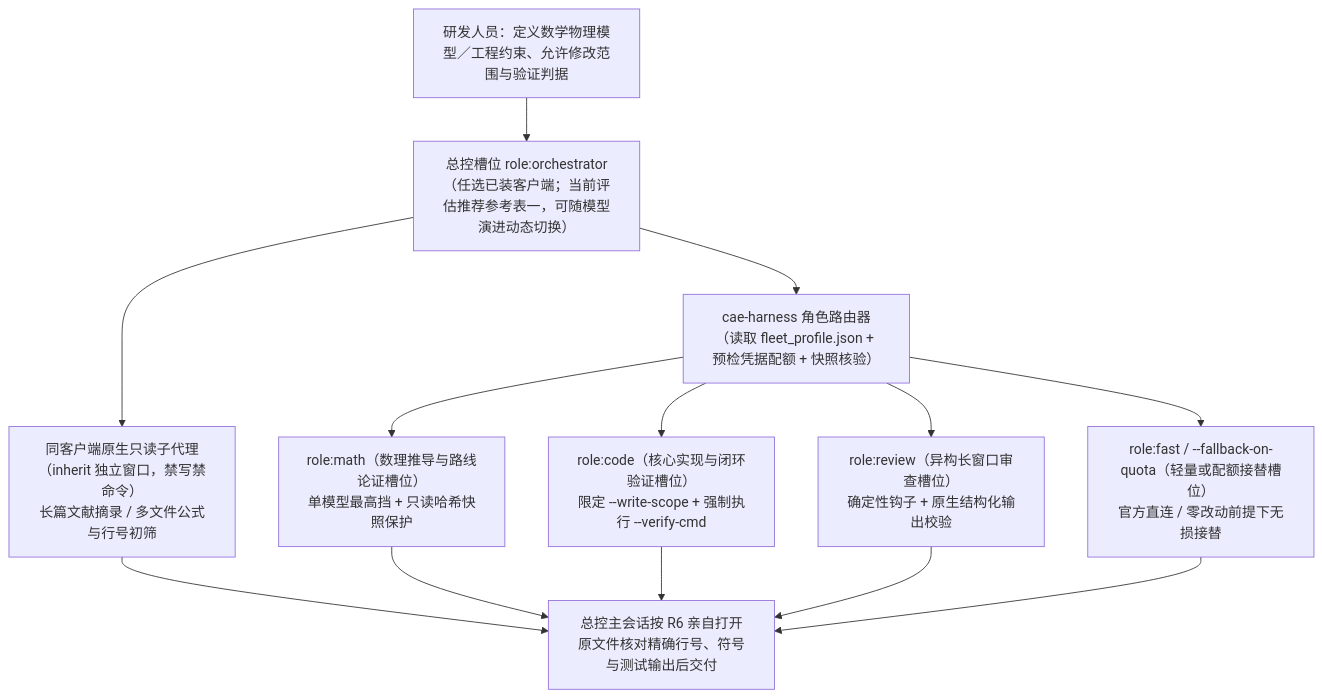
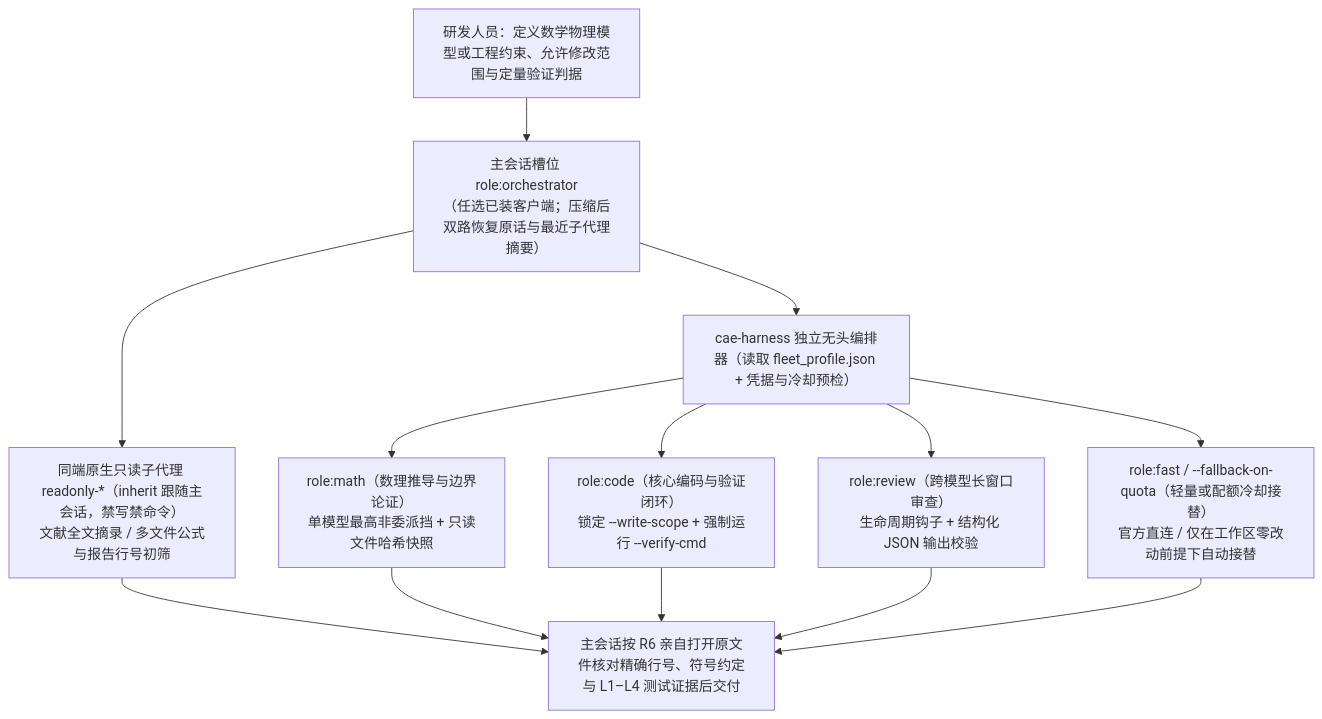
The diagram in README.md (Xinyu-Li-1997/Antigravity_Codex_ClaudeCode_DeepSeekHarness), drawn with Mermaid before and after one commit. The commit also changed other lines of this file and 36 other files, not shown here.

First line of the commit message:
v1.12.0: 双路压缩子代理恢复、两层模型配置解耦与图文文档实证校准

````diff
--- a/README.md
+++ b/README.md
@@ -104,15 +103,15 @@
 ```mermaid
 flowchart TB
-    U["研发人员：定义数学物理模型／工程约束、允许修改范围与验证判据"] --> O["总控槽位 role:orchestrator<br/>（任选已装客户端；当前评估推荐参考表一，可随模型演进动态切换）"]
-    O --> N["同客户端原生只读子代理（inherit 独立窗口，禁写禁命令）<br/>长篇文献摘录 / 多文件公式与行号初筛"]
-    O --> H["cae-harness 角色路由器（读取 fleet_profile.json + 预检凭据配额 + 快照核验）"]
-    H --> M1["role:math（数理推导与路线论证槽位）<br/>单模型最高挡 + 只读哈希快照保护"]
-    H --> M2["role:code（核心实现与闭环验证槽位）<br/>限定 --write-scope + 强制执行 --verify-cmd"]
-    H --> M3["role:review（异构长窗口审查槽位）<br/>确定性钩子 + 原生结构化输出校验"]
-    H --> M4["role:fast / --fallback-on-quota（轻量或配额接替槽位）<br/>官方直连 / 零改动前提下无损接替"]
-    N --> V["总控主会话按 R6 亲自打开原文件核对精确行号、符号与测试输出后交付"]
+    U["研发人员：定义数学物理模型或工程约束、允许修改范围与定量验证判据"] --> O["主会话槽位 role:orchestrator<br/>（任选已装客户端；压缩后双路恢复原话与最近子代理摘要）"]
+    O --> N["同端原生只读子代理 readonly-*（inherit 跟随主会话，禁写禁命令）<br/>文献全文摘录 / 多文件公式与报告行号初筛"]
+    O --> H["cae-harness 独立无头编排器（读取 fleet_profile.json + 凭据与冷却预检）"]
+    H --> M1["role:math（数理推导与边界论证）<br/>单模型最高非委派挡 + 只读文件哈希快照"]
+    H --> M2["role:code（核心编码与验证闭环）<br/>锁定 --write-scope + 强制运行 --verify-cmd"]
+    H --> M3["role:review（跨模型长窗口审查）<br/>生命周期钩子 + 结构化 JSON 输出校验"]
+    H --> M4["role:fast / --fallback-on-quota（轻量或配额冷却接替）<br/>官方直连 / 仅在工作区零改动前提下自动接替"]
+    N --> V["主会话按 R6 亲自打开原文件核对精确行号、符号约定与 L1–L4 测试证据后交付"]
     M1 --> V
     M2 --> V
     M3 --> V
     M4 --> V
 ```
````
